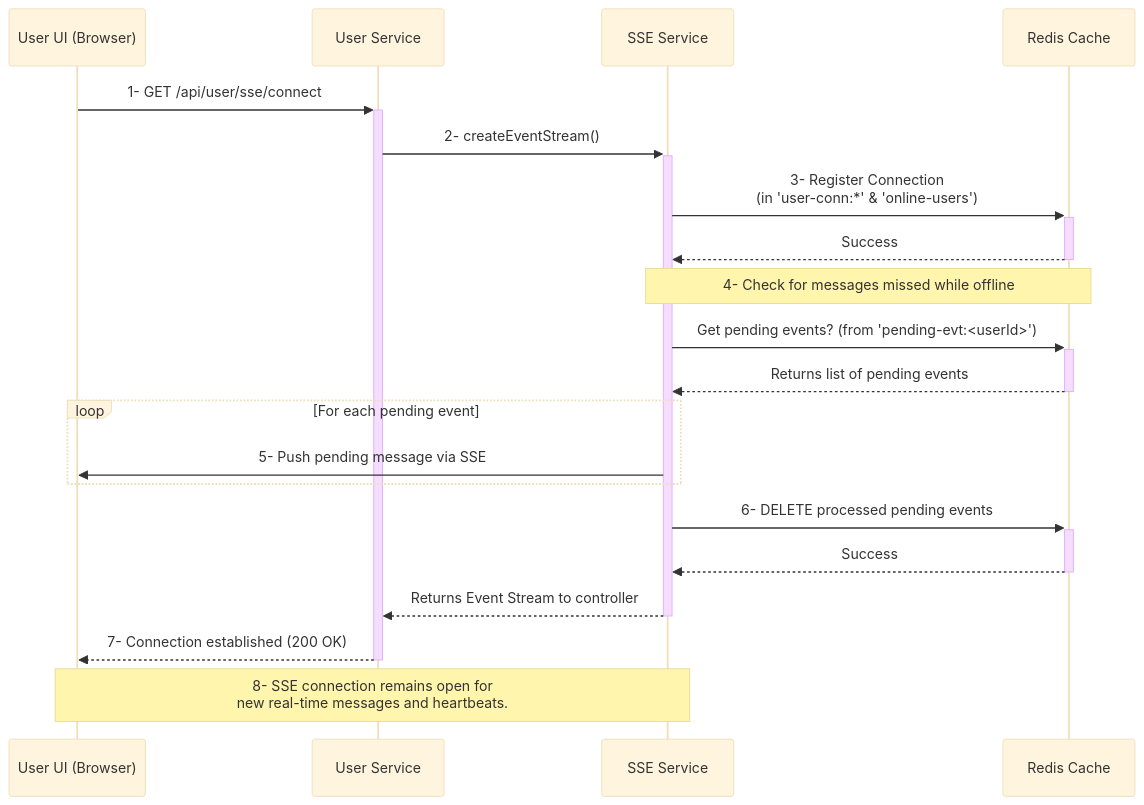
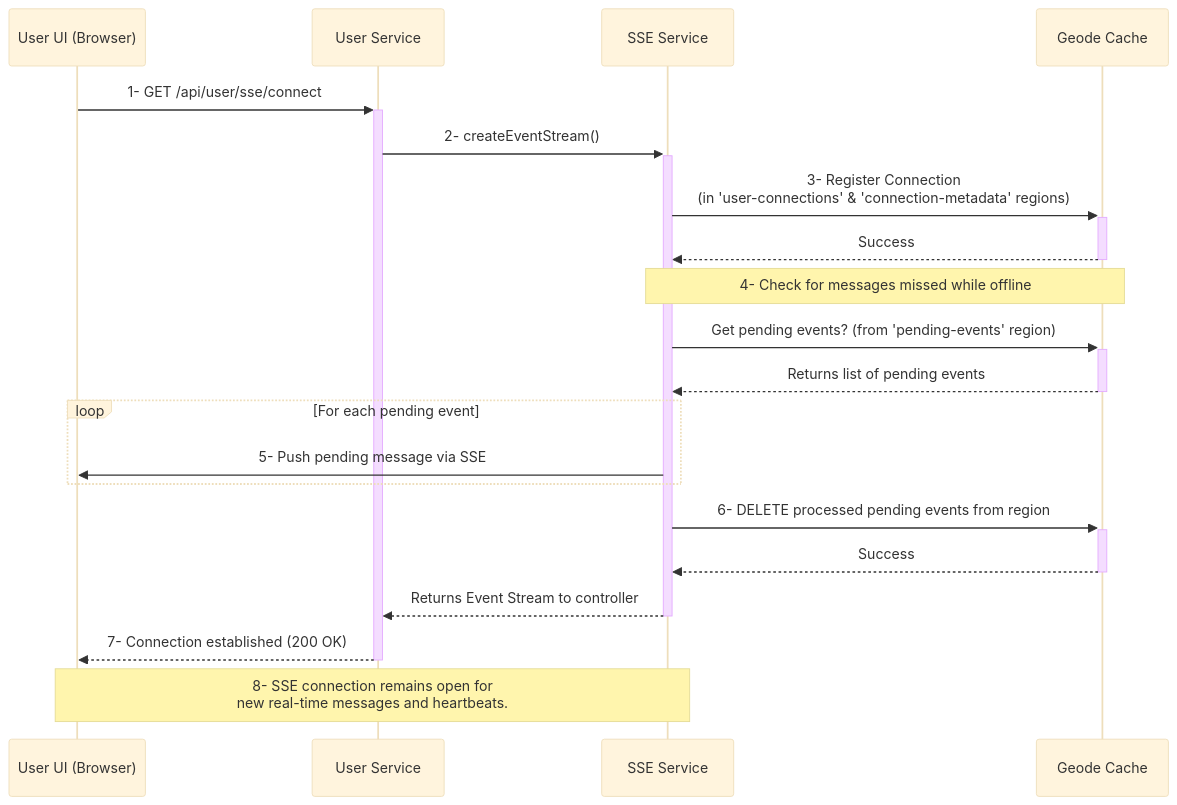
The diagram in MermaidDiagrams/seq-sse-connection&pending.mmd (rsrini7/Notification-SSE-GLM-Flux), drawn with Mermaid (base theme) before and after one commit. The commit also changed 26 other files, not shown here.

First line of the commit message:
refactor(diagrams): replace Redis with Geode in all diagrams

```diff
--- a/MermaidDiagrams/seq-sse-connection&pending.mmd
+++ b/MermaidDiagrams/seq-sse-connection&pending.mmd
@@ -1,25 +1,25 @@
 sequenceDiagram
     participant UserUI as User UI (Browser)
     participant UserSvc as User Service
     participant SseSvc as SSE Service
-    participant Redis as Redis Cache
+    participant Geode as Geode Cache
     
     UserUI->>+UserSvc: 1- GET /api/user/sse/connect
     UserSvc->>+SseSvc: 2- createEventStream()
-    SseSvc->>+Redis: 3- Register Connection<br/>(in 'user-conn:*' & 'online-users')
-    Redis-->>-SseSvc: Success
+    SseSvc->>+Geode: 3- Register Connection<br/>(in 'user-connections' & 'connection-metadata' regions)
+    Geode-->>-SseSvc: Success
     
-    Note over SseSvc, Redis: 4- Check for messages missed while offline
-    SseSvc->>+Redis: Get pending events? (from 'pending-evt:<userId>')
-    Redis-->>-SseSvc: Returns list of pending events
+    Note over SseSvc, Geode: 4- Check for messages missed while offline
+    SseSvc->>+Geode: Get pending events? (from 'pending-events' region)
+    Geode-->>-SseSvc: Returns list of pending events
     
     loop For each pending event
         SseSvc->>UserUI: 5- Push pending message via SSE
     end
     
-    SseSvc->>+Redis: 6- DELETE processed pending events
-    Redis-->>-SseSvc: Success
+    SseSvc->>+Geode: 6- DELETE processed pending events from region
+    Geode-->>-SseSvc: Success
     SseSvc-->>-UserSvc: Returns Event Stream to controller
     UserSvc-->>-UserUI: 7- Connection established (200 OK)
     
     Note over UserUI, SseSvc: 8- SSE connection remains open for<br/>new real-time messages and heartbeats.
```
